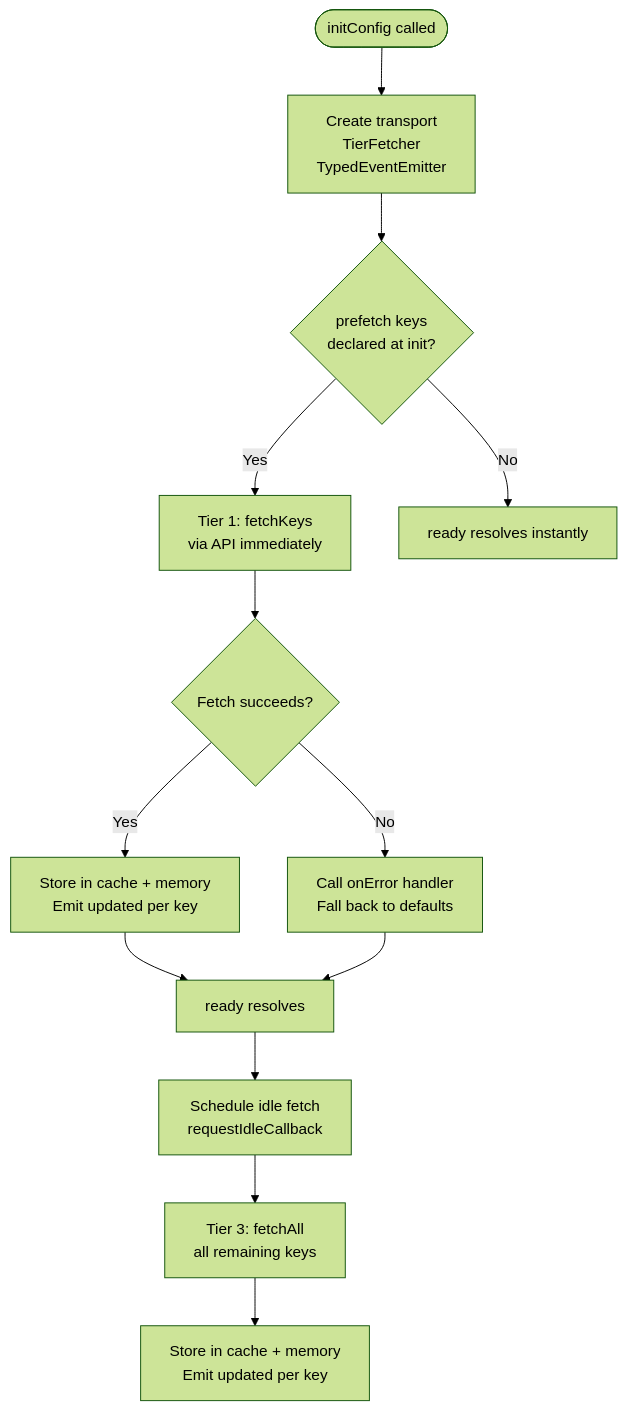
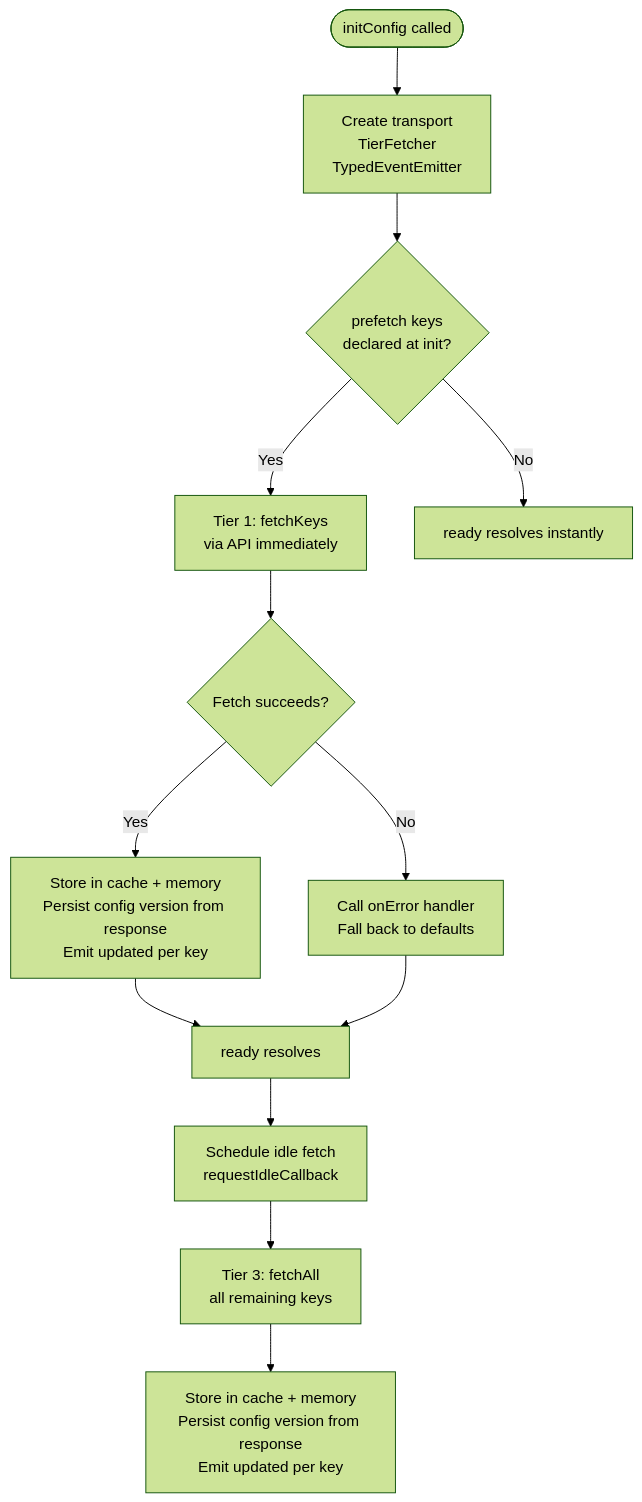
Before and after one commit to jewel998/config: the first of 4 diagrams in apps/docs/guide/fetch-flow.md, drawn with Mermaid (forest theme). The commit also changed other lines of this file and 12 other files, not shown here.

First line of the commit message:
fix(sdk): persist config version from the /config response

````diff
--- a/apps/docs/guide/fetch-flow.md
+++ b/apps/docs/guide/fetch-flow.md
@@ -23,19 +23,19 @@
 ```mermaid
 flowchart TD
     A([initConfig called]) --> B[Create transport\nTierFetcher\nTypedEventEmitter]
     B --> C{prefetch keys\ndeclared at init?}
 
     C -->|Yes| D[Tier 1: fetchKeys\nvia API immediately]
     C -->|No| E[ready resolves instantly]
 
     D --> F{Fetch succeeds?}
-    F -->|Yes| G[Store in cache + memory\nEmit updated per key]
+    F -->|Yes| G[Store in cache + memory\nPersist config version from response\nEmit updated per key]
     F -->|No| H[Call onError handler\nFall back to defaults]
 
     G --> I[ready resolves]
     H --> I
 
     I --> J[Schedule idle fetch\nrequestIdleCallback]
     J --> K[Tier 3: fetchAll\nall remaining keys]
-    K --> L[Store in cache + memory\nEmit updated per key]
+    K --> L[Store in cache + memory\nPersist config version from response\nEmit updated per key]
 ```
````
